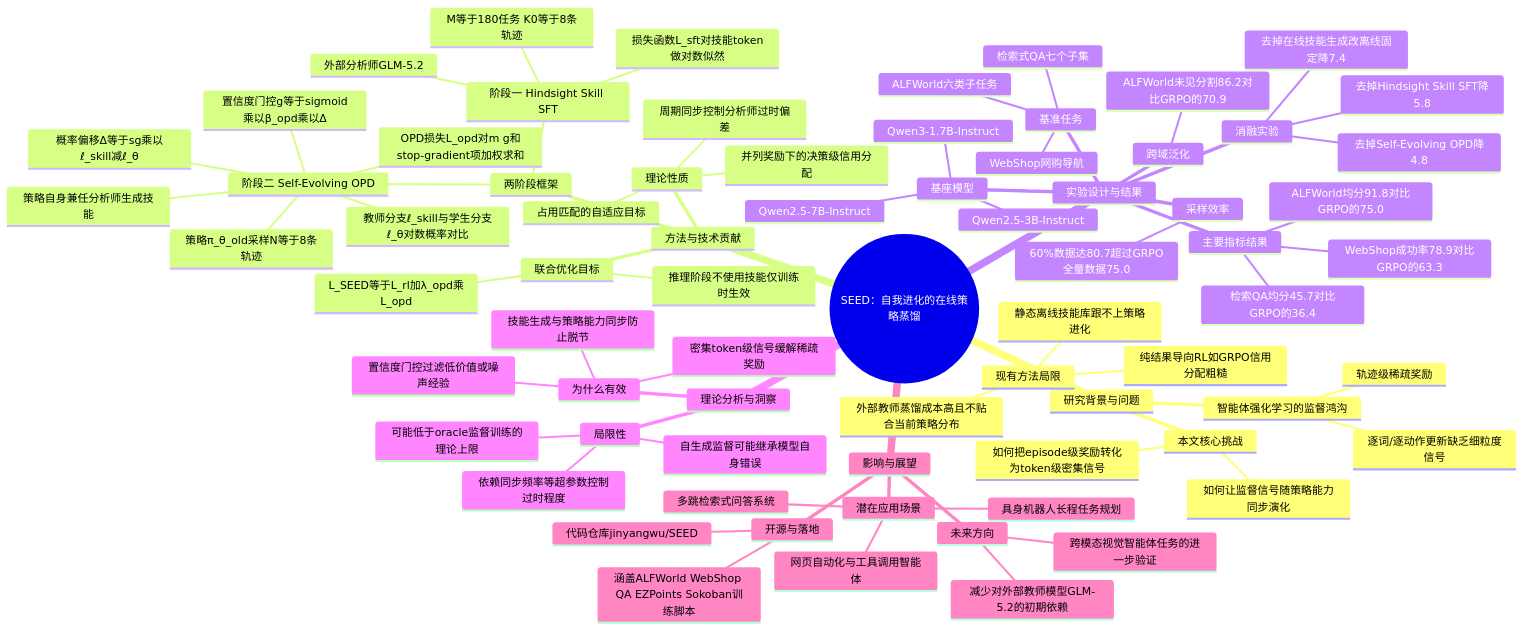
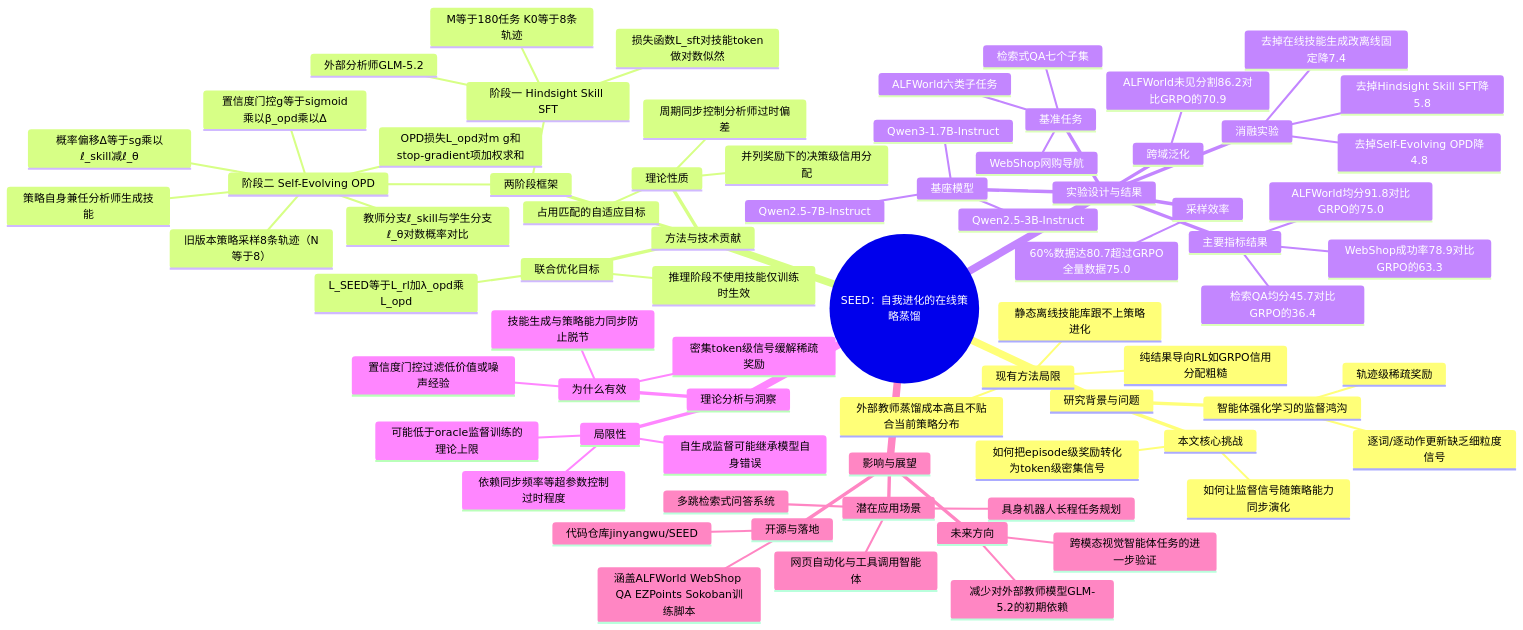
Before and after one commit to sudoghut/paper: the diagram in src/content/papers/2026-07-19-seed-self-evolving-distillation.md, drawn with Mermaid. The commit also changed other lines of this file, not shown here.

Commit message:
fix: 修正SEED综述中π_θ_old未用KaTeX包裹的公式渲染问题

````diff
--- a/src/content/papers/2026-07-19-seed-self-evolving-distillation.md
+++ b/src/content/papers/2026-07-19-seed-self-evolving-distillation.md
@@ -97,76 +97,76 @@
 ```mermaid
 mindmap
   root((SEED：自我进化的在线策略蒸馏))
     研究背景与问题
       智能体强化学习的监督鸿沟
         轨迹级稀疏奖励
         逐词/逐动作更新缺乏细粒度信号
       现有方法局限
         纯结果导向RL如GRPO信用分配粗糙
         静态离线技能库跟不上策略进化
         外部教师蒸馏成本高且不贴合当前策略分布
       本文核心挑战
         如何把episode级奖励转化为token级密集信号
         如何让监督信号随策略能力同步演化
     方法与技术贡献
       两阶段框架
         阶段一 Hindsight Skill SFT
           外部分析师GLM-5.2
           M等于180任务 K0等于8条轨迹
           损失函数L_sft对技能token做对数似然
         阶段二 Self-Evolving OPD
-          策略π_θ_old采样N等于8条轨迹
+          旧版本策略采样8条轨迹（N等于8）
           策略自身兼任分析师生成技能
           教师分支ℓ_skill与学生分支ℓ_θ对数概率对比
           概率偏移Δ等于sg乘以ℓ_skill减ℓ_θ
           置信度门控g等于sigmoid乘以β_opd乘以Δ
           OPD损失L_opd对m g和stop-gradient项加权求和
       联合优化目标
         L_SEED等于L_rl加λ_opd乘L_opd
         推理阶段不使用技能仅训练时生效
       理论性质
         占用匹配的自适应目标
         并列奖励下的决策级信用分配
         周期同步控制分析师过时偏差
     实验设计与结果
       基准任务
         ALFWorld六类子任务
         WebShop网购导航
         检索式QA七个子集
       基座模型
         Qwen2.5-3B-Instruct
         Qwen2.5-7B-Instruct
         Qwen3-1.7B-Instruct
       主要指标结果
         ALFWorld均分91.8对比GRPO的75.0
         检索QA均分45.7对比GRPO的36.4
         WebShop成功率78.9对比GRPO的63.3
       采样效率
         60%数据达80.7超过GRPO全量数据75.0
       跨域泛化
         ALFWorld未见分割86.2对比GRPO的70.9
       消融实验
         去掉Hindsight Skill SFT降5.8
         去掉Self-Evolving OPD降4.8
         去掉在线技能生成改离线固定降7.4
     理论分析与洞察
       为什么有效
         密集token级信号缓解稀疏奖励
         技能生成与策略能力同步防止脱节
         置信度门控过滤低价值或噪声经验
       局限性
         自生成监督可能继承模型自身错误
         可能低于oracle监督训练的理论上限
         依赖同步频率等超参数控制过时程度
     影响与展望
       潜在应用场景
         网页自动化与工具调用智能体
         具身机器人长程任务规划
         多跳检索式问答系统
       开源与落地
         代码仓库jinyangwu/SEED
         涵盖ALFWorld WebShop QA EZPoints Sokoban训练脚本
       未来方向
         跨模态视觉智能体任务的进一步验证
         减少对外部教师模型GLM-5.2的初期依赖
 ```
````
